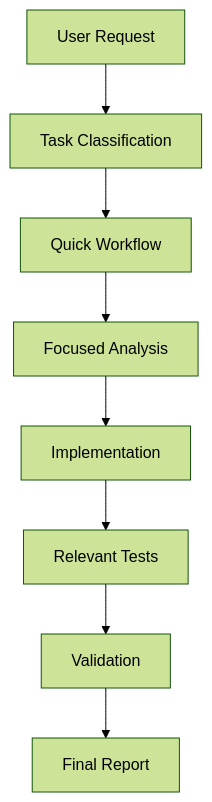
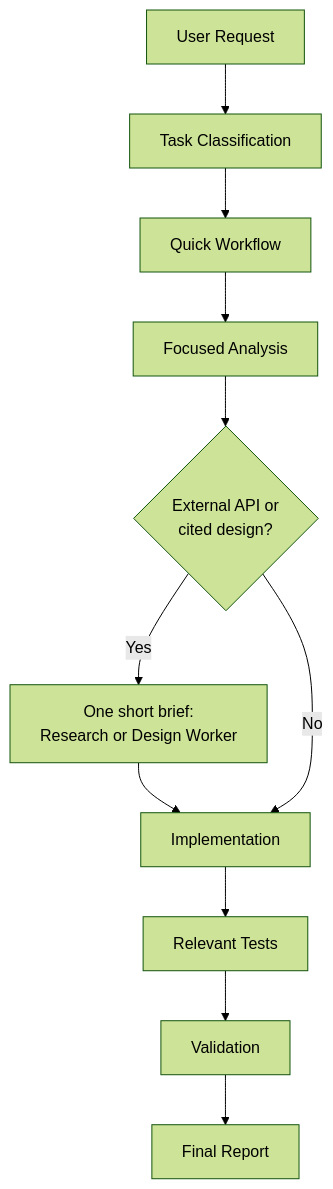
Before and after one commit to leoarkiteto/ai-software-factory-kit: the second of 9 diagrams in docs/architecture.md, drawn with Mermaid (forest theme). The commit also changed other lines of this file and 17 other files, not shown here.

First line of the commit message:
Show the research and design workers in the diagrams

````diff
--- a/docs/architecture.md
+++ b/docs/architecture.md
@@ -251,10 +261,13 @@
 ```mermaid
 flowchart TD
     A[User Request] --> B[Task Classification]
     B --> C[Quick Workflow]
     C --> D[Focused Analysis]
-    D --> E[Implementation]
+    D --> X{"External API or<br/>cited design?"}
+    X -->|Yes| RD["One short brief:<br/>Research or Design Worker"]
+    RD --> E
+    X -->|No| E[Implementation]
     E --> F[Relevant Tests]
     F --> G[Validation]
     G --> H[Final Report]
 ```
````
